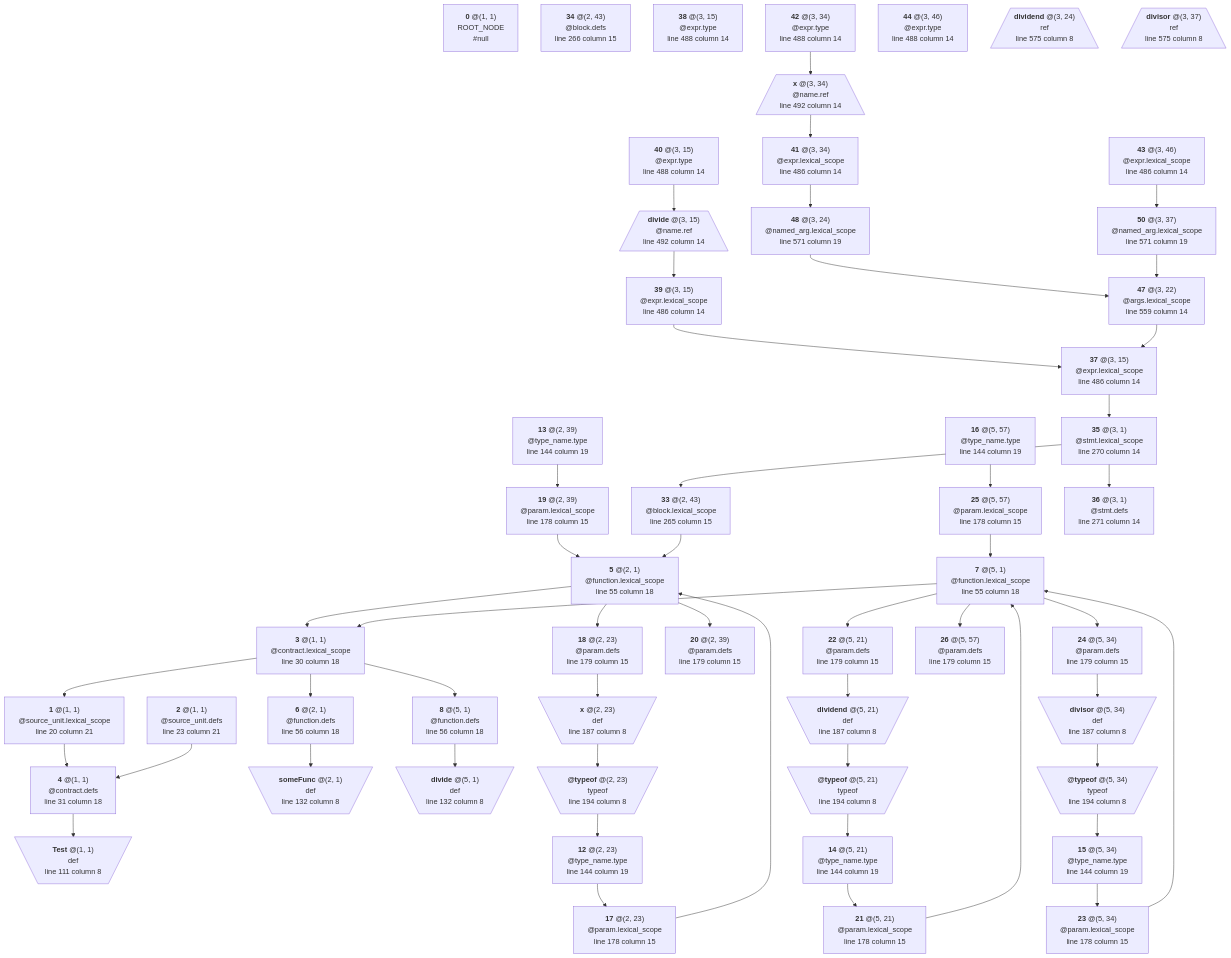
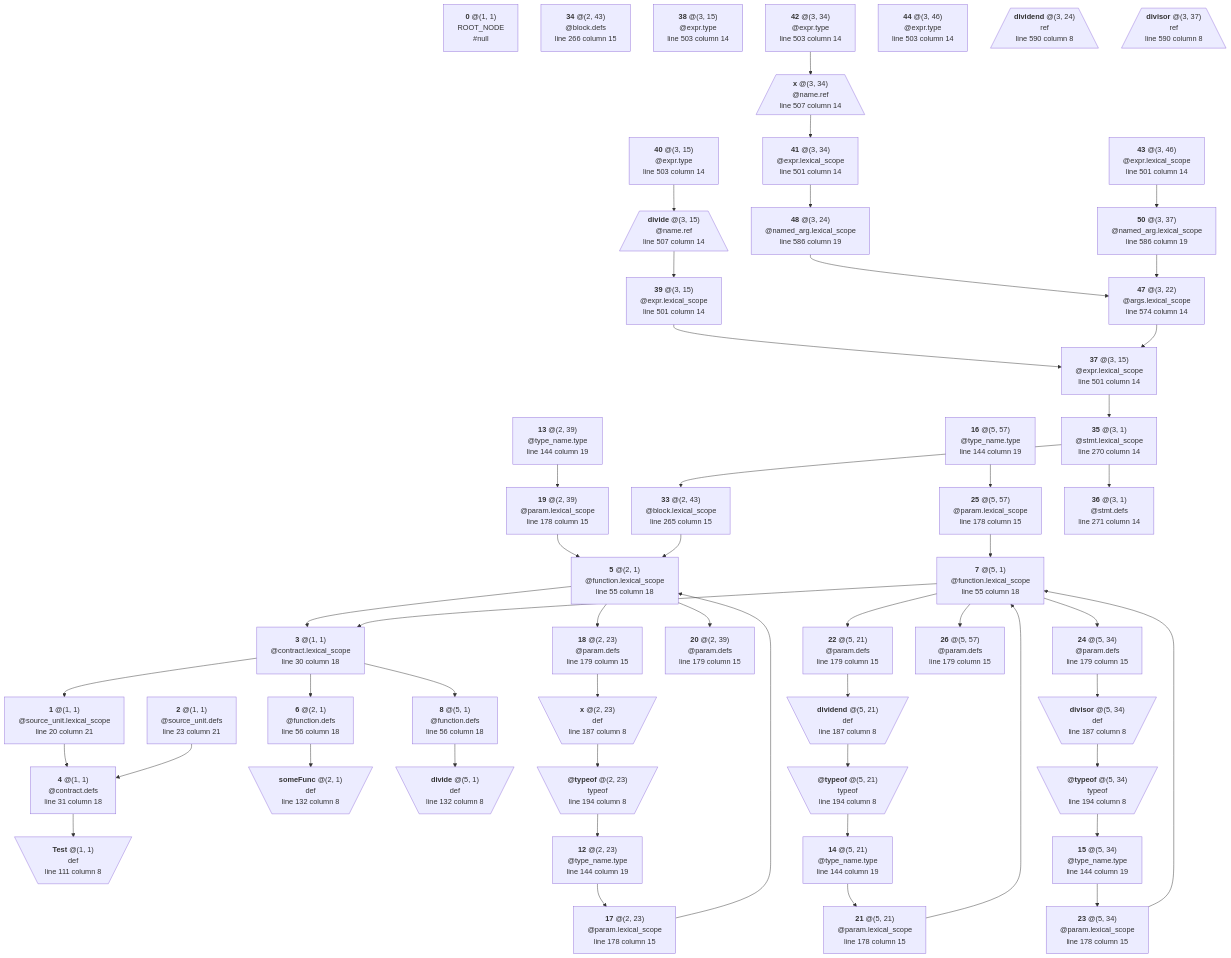
The diagram in crates/solidity/testing/snapshots/bindings_output/expressions/generated/funcalls_named_args.sol-0.5.0.mmd (manastech/slang), drawn with Mermaid before and after one commit. The commit also changed 21 other files, not shown here.

```diff
--- a/crates/solidity/testing/snapshots/bindings_output/expressions/generated/funcalls_named_args.sol-0.5.0.mmd
+++ b/crates/solidity/testing/snapshots/bindings_output/expressions/generated/funcalls_named_args.sol-0.5.0.mmd
@@ -149,57 +149,57 @@
 line 271 column 14`"]
 	N37["`**37** @(3, 15)
 @expr.lexical_scope
-line 486 column 14`"]
+line 501 column 14`"]
 	N37 --> N35
 	N38["`**38** @(3, 15)
 @expr.type
-line 488 column 14`"]
+line 503 column 14`"]
 	N39["`**39** @(3, 15)
 @expr.lexical_scope
-line 486 column 14`"]
+line 501 column 14`"]
 	N39 --> N37
 	N40["`**40** @(3, 15)
 @expr.type
-line 488 column 14`"]
+line 503 column 14`"]
 	N40 --> N45
 	N41["`**41** @(3, 34)
 @expr.lexical_scope
-line 486 column 14`"]
+line 501 column 14`"]
 	N41 --> N48
 	N42["`**42** @(3, 34)
 @expr.type
-line 488 column 14`"]
+line 503 column 14`"]
 	N42 --> N46
 	N43["`**43** @(3, 46)
 @expr.lexical_scope
-line 486 column 14`"]
+line 501 column 14`"]
 	N43 --> N50
 	N44["`**44** @(3, 46)
 @expr.type
-line 488 column 14`"]
+line 503 column 14`"]
 	N45[/"`**divide** @(3, 15)
 @name.ref
-line 492 column 14`"\]
+line 507 column 14`"\]
 	N45 --> N39
 	N46[/"`**x** @(3, 34)
 @name.ref
-line 492 column 14`"\]
+line 507 column 14`"\]
 	N46 --> N41
 	N47["`**47** @(3, 22)
 @args.lexical_scope
-line 559 column 14`"]
+line 574 column 14`"]
 	N47 --> N37
 	N48["`**48** @(3, 24)
 @named_arg.lexical_scope
-line 571 column 19`"]
+line 586 column 19`"]
 	N48 --> N47
 	N49[/"`**dividend** @(3, 24)
 ref
-line 575 column 8`"\]
+line 590 column 8`"\]
 	N50["`**50** @(3, 37)
 @named_arg.lexical_scope
-line 571 column 19`"]
+line 586 column 19`"]
 	N50 --> N47
 	N51[/"`**divisor** @(3, 37)
 ref
-line 575 column 8`"\]
+line 590 column 8`"\]
```
